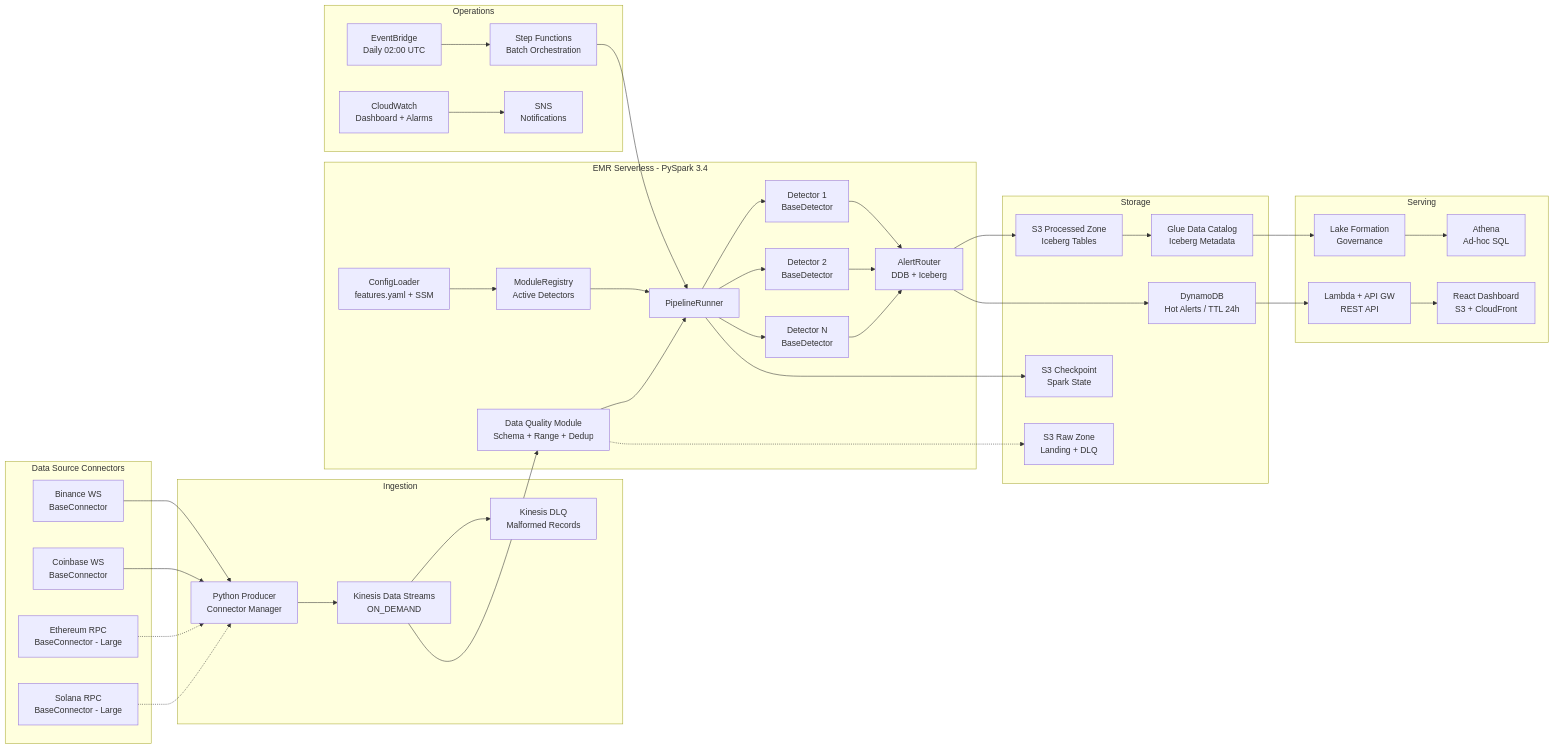
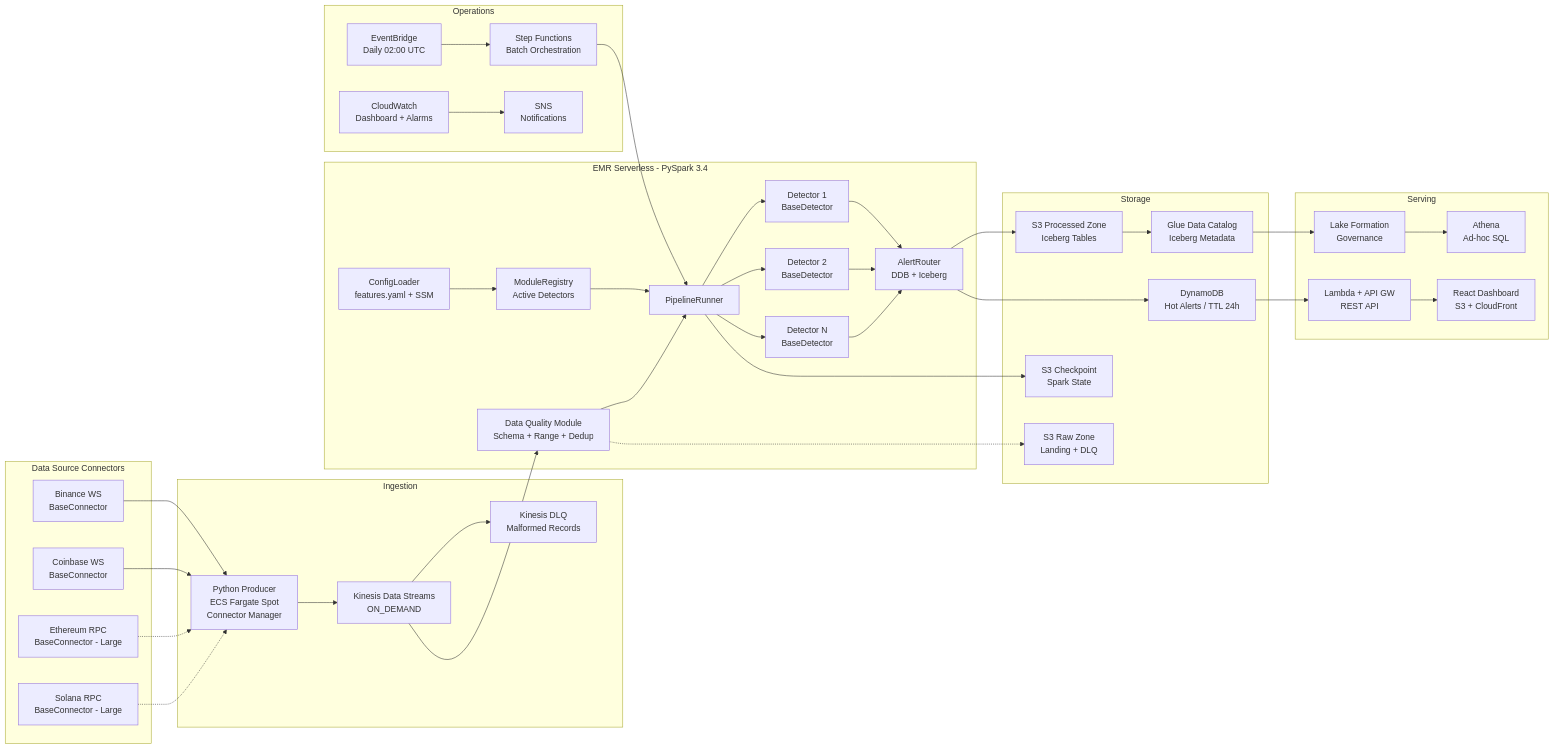
Before and after one commit to mv78/coattail-capital: the first of 2 diagrams in docs/ARCHITECTURE.md, drawn with Mermaid. The commit also changed other lines of this file and 3 other files, not shown here.

First line of the commit message:
Add ADR-008 and update ARCHITECTURE.md for ECS Fargate producer

````diff
--- a/docs/ARCHITECTURE.md
+++ b/docs/ARCHITECTURE.md
@@ -23,77 +23,77 @@
 ```mermaid
 graph LR
     subgraph Connectors [Data Source Connectors]
         BN[Binance WS<br/>BaseConnector]
         CB[Coinbase WS<br/>BaseConnector]
         ETH[Ethereum RPC<br/>BaseConnector - Large]
         SOL[Solana RPC<br/>BaseConnector - Large]
     end
 
     subgraph Ingestion
-        PR[Python Producer<br/>Connector Manager]
+        PR[Python Producer<br/>ECS Fargate Spot<br/>Connector Manager]
         KS[Kinesis Data Streams<br/>ON_DEMAND]
         DLQ[Kinesis DLQ<br/>Malformed Records]
     end
 
     subgraph Processing [EMR Serverless - PySpark 3.4]
         CL[ConfigLoader<br/>features.yaml + SSM]
         DQM[Data Quality Module<br/>Schema + Range + Dedup]
         MR[ModuleRegistry<br/>Active Detectors]
         PR2[PipelineRunner]
         D1[Detector 1<br/>BaseDetector]
         D2[Detector 2<br/>BaseDetector]
         DN[Detector N<br/>BaseDetector]
         AR[AlertRouter<br/>DDB + Iceberg]
     end
 
     subgraph Storage
         S3R[S3 Raw Zone<br/>Landing + DLQ]
         S3P[S3 Processed Zone<br/>Iceberg Tables]
         S3C[S3 Checkpoint<br/>Spark State]
         DDB[DynamoDB<br/>Hot Alerts / TTL 24h]
         GC[Glue Data Catalog<br/>Iceberg Metadata]
     end
 
     subgraph Serving
         LF[Lake Formation<br/>Governance]
         ATH[Athena<br/>Ad-hoc SQL]
         LAM[Lambda + API GW<br/>REST API]
         DASH[React Dashboard<br/>S3 + CloudFront]
     end
 
     subgraph Operations
         SF[Step Functions<br/>Batch Orchestration]
         EB[EventBridge<br/>Daily 02:00 UTC]
         CW[CloudWatch<br/>Dashboard + Alarms]
         SNS[SNS<br/>Notifications]
     end
 
     BN --> PR
     CB --> PR
     ETH -.-> PR
     SOL -.-> PR
     PR --> KS
     KS --> DLQ
     KS --> DQM
     CL --> MR
     MR --> PR2
     DQM --> PR2
     PR2 --> D1
     PR2 --> D2
     PR2 --> DN
     D1 --> AR
     D2 --> AR
     DN --> AR
     AR --> S3P
     AR --> DDB
     DQM -.-> S3R
     PR2 --> S3C
     S3P --> GC
     GC --> LF
     LF --> ATH
     DDB --> LAM
     LAM --> DASH
     EB --> SF
     SF --> PR2
     CW --> SNS
 ```
````
